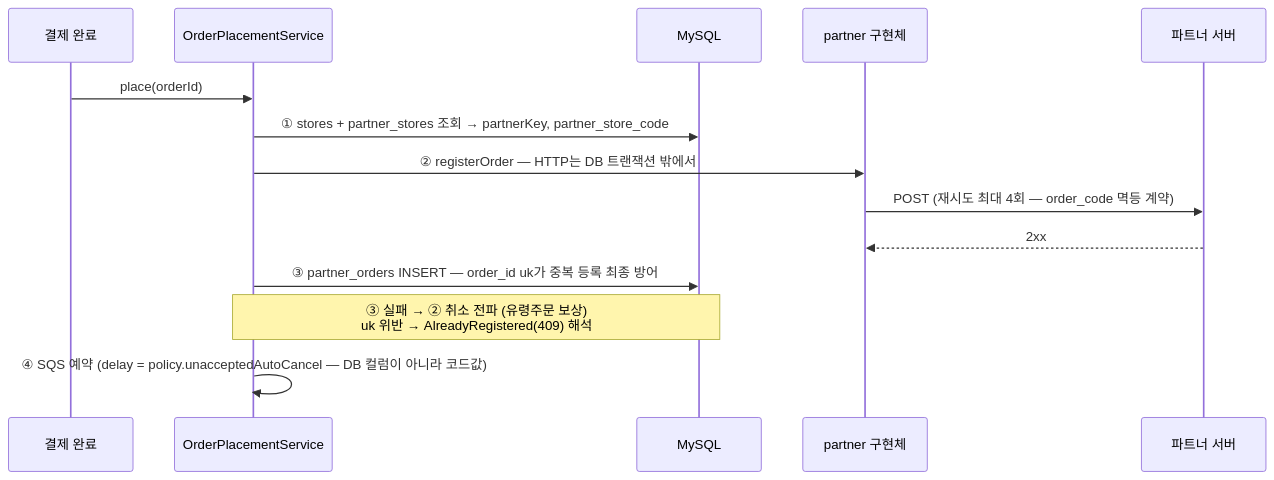
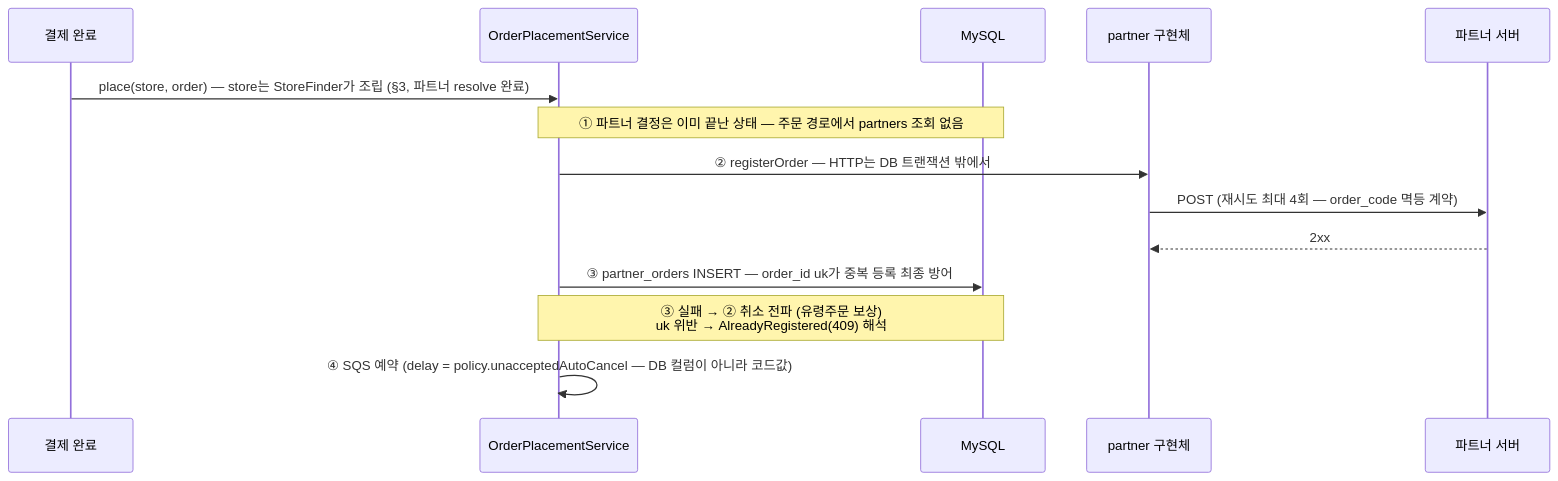
One commit to BokDoong/direct-connect-pos changed the first of 2 diagrams in docs/06-db-integration.md. Above: the diagram before and after it, drawn with Mermaid. The commit also changed other lines of this file and 3 other files, not shown here.

````diff
--- a/docs/06-db-integration.md
+++ b/docs/06-db-integration.md
@@ -67,17 +115,17 @@
 ```mermaid
 sequenceDiagram
     participant PAY as 결제 완료
     participant OPS as OrderPlacementService
     participant DB as MySQL
     participant P as partner 구현체
     participant POS as 파트너 서버
 
-    PAY->>OPS: place(orderId)
-    OPS->>DB: ① stores + partner_stores 조회 → partnerKey, partner_store_code
+    PAY->>OPS: place(store, order) — store는 StoreFinder가 조립 (§3, 파트너 resolve 완료)
+    Note over OPS,DB: ① 파트너 결정은 이미 끝난 상태 — 주문 경로에서 partners 조회 없음
     OPS->>P: ② registerOrder — HTTP는 DB 트랜잭션 밖에서
     P->>POS: POST (재시도 최대 4회 — order_code 멱등 계약)
     POS-->>P: 2xx
     OPS->>DB: ③ partner_orders INSERT — order_id uk가 중복 등록 최종 방어
     Note over OPS,DB: ③ 실패 → ② 취소 전파 (유령주문 보상)<br/>uk 위반 → AlreadyRegistered(409) 해석
     OPS->>OPS: ④ SQS 예약 (delay = policy.unacceptedAutoCancel — DB 컬럼이 아니라 코드값)
 ```
````
